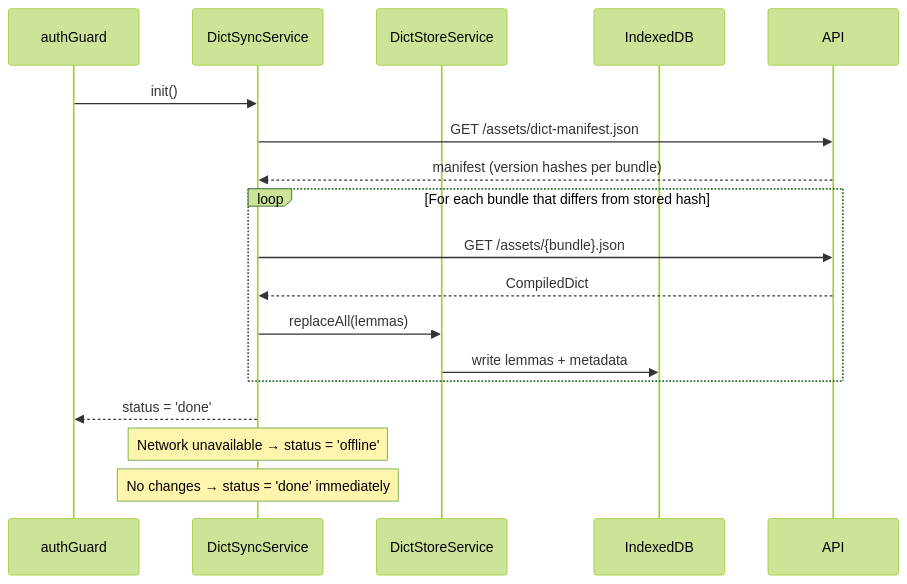
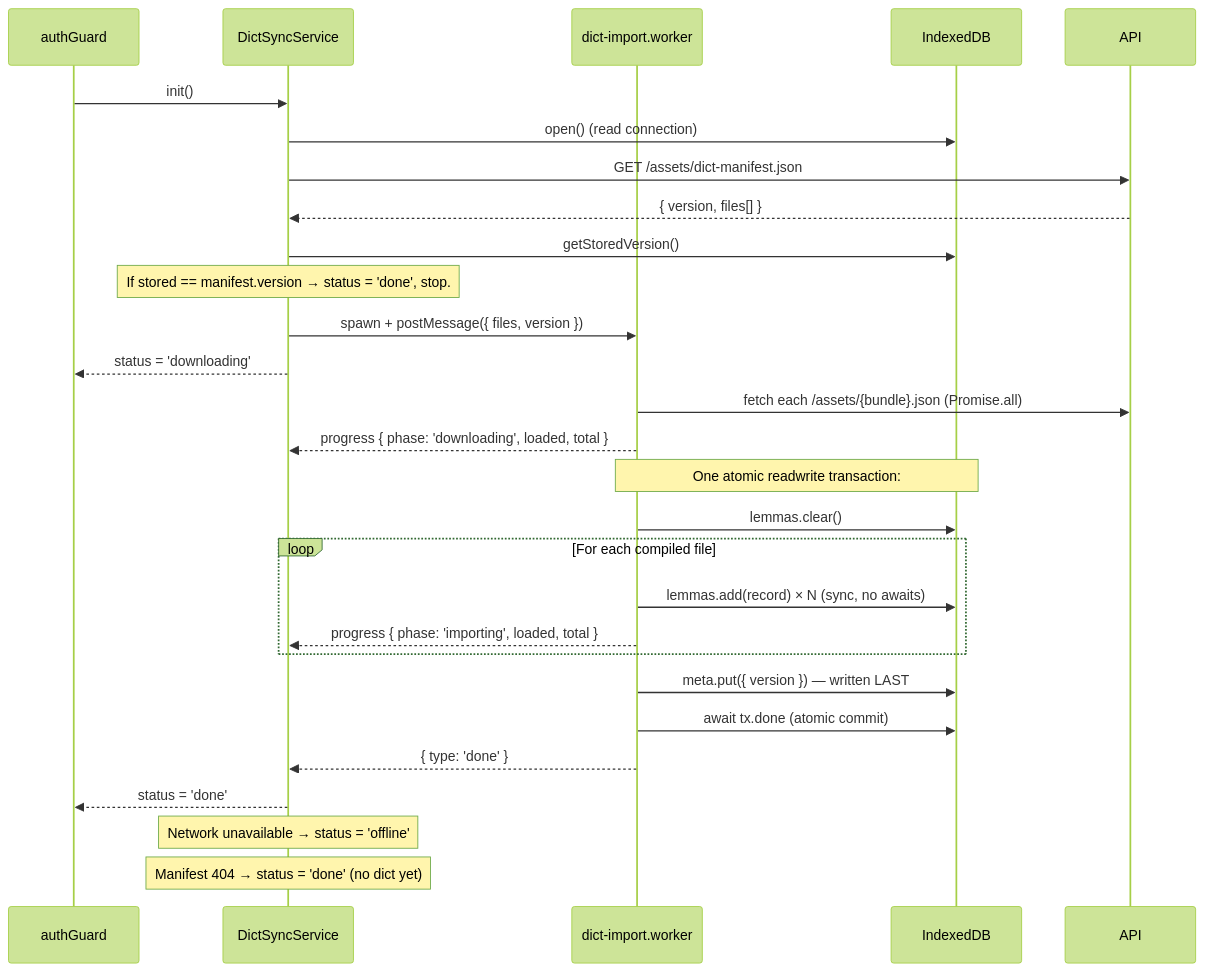
Before and after one commit to remarcmij/taalwiz-mono: diagram 11 of 18 in apps/web/ARCHITECTURE.md, drawn with Mermaid (forest theme). The commit also changed other lines of this file and 17 other files, not shown here.

````diff
--- a/apps/web/ARCHITECTURE.md
+++ b/apps/web/ARCHITECTURE.md
@@ -393,24 +395,35 @@
 ```mermaid
 sequenceDiagram
     participant authGuard
     participant DictSyncService
-    participant DictStoreService
+    participant Worker as dict-import.worker
     participant IndexedDB
     participant API
 
     authGuard->>DictSyncService: init()
+    DictSyncService->>IndexedDB: open() (read connection)
     DictSyncService->>API: GET /assets/dict-manifest.json
-    API-->>DictSyncService: manifest (version hashes per bundle)
+    API-->>DictSyncService: { version, files[] }
+    DictSyncService->>IndexedDB: getStoredVersion()
+    Note over DictSyncService: If stored == manifest.version → status = 'done', stop.
 
-    loop For each bundle that differs from stored hash
-        DictSyncService->>API: GET /assets/{bundle}.json
-        API-->>DictSyncService: CompiledDict
-        DictSyncService->>DictStoreService: replaceAll(lemmas)
-        DictStoreService->>IndexedDB: write lemmas + metadata
+    DictSyncService->>Worker: spawn + postMessage({ files, version })
+    DictSyncService-->>authGuard: status = 'downloading'
+
+    Worker->>API: fetch each /assets/{bundle}.json (Promise.all)
+    Worker-->>DictSyncService: progress { phase: 'downloading', loaded, total }
+
+    Note over Worker,IndexedDB: One atomic readwrite transaction:
+    Worker->>IndexedDB: lemmas.clear()
+    loop For each compiled file
+        Worker->>IndexedDB: lemmas.add(record) × N (sync, no awaits)
+        Worker-->>DictSyncService: progress { phase: 'importing', loaded, total }
     end
-
+    Worker->>IndexedDB: meta.put({ version }) — written LAST
+    Worker->>IndexedDB: await tx.done (atomic commit)
+    Worker-->>DictSyncService: { type: 'done' }
     DictSyncService-->>authGuard: status = 'done'
 
     Note over DictSyncService: Network unavailable → status = 'offline'
-    Note over DictSyncService: No changes → status = 'done' immediately
+    Note over DictSyncService: Manifest 404 → status = 'done' (no dict yet)
 ```
````
